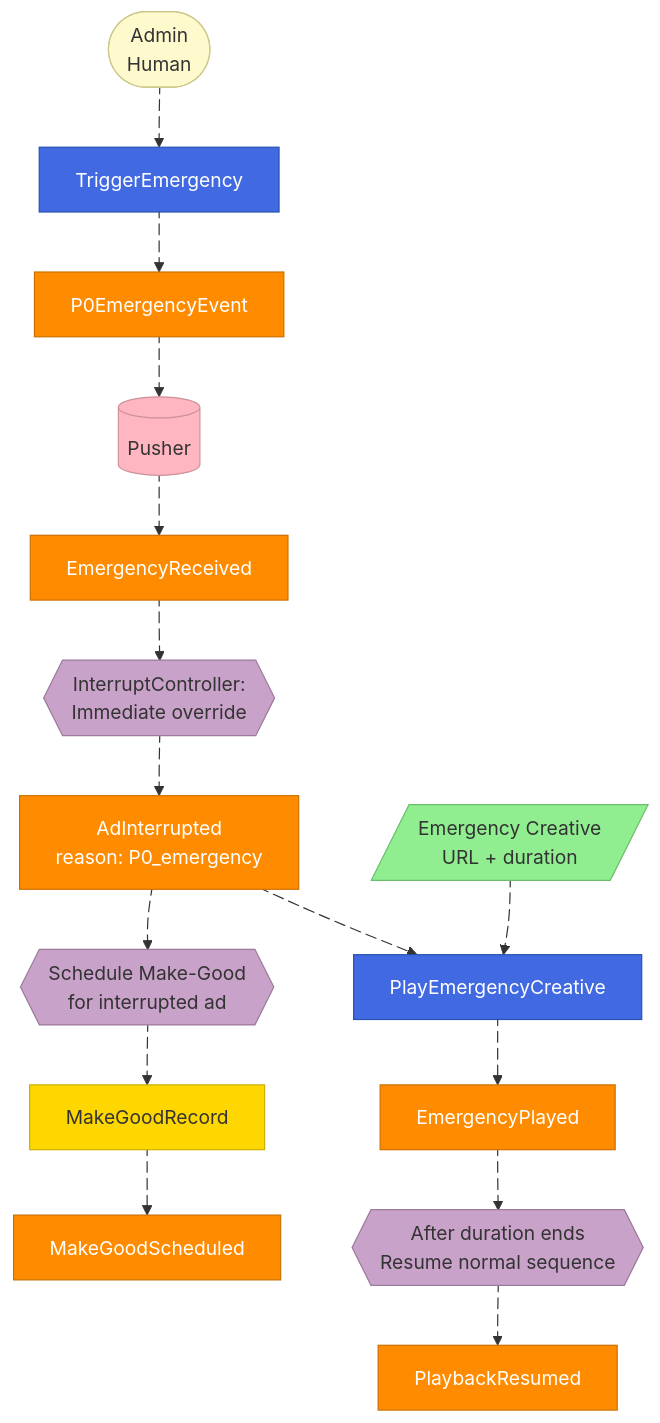
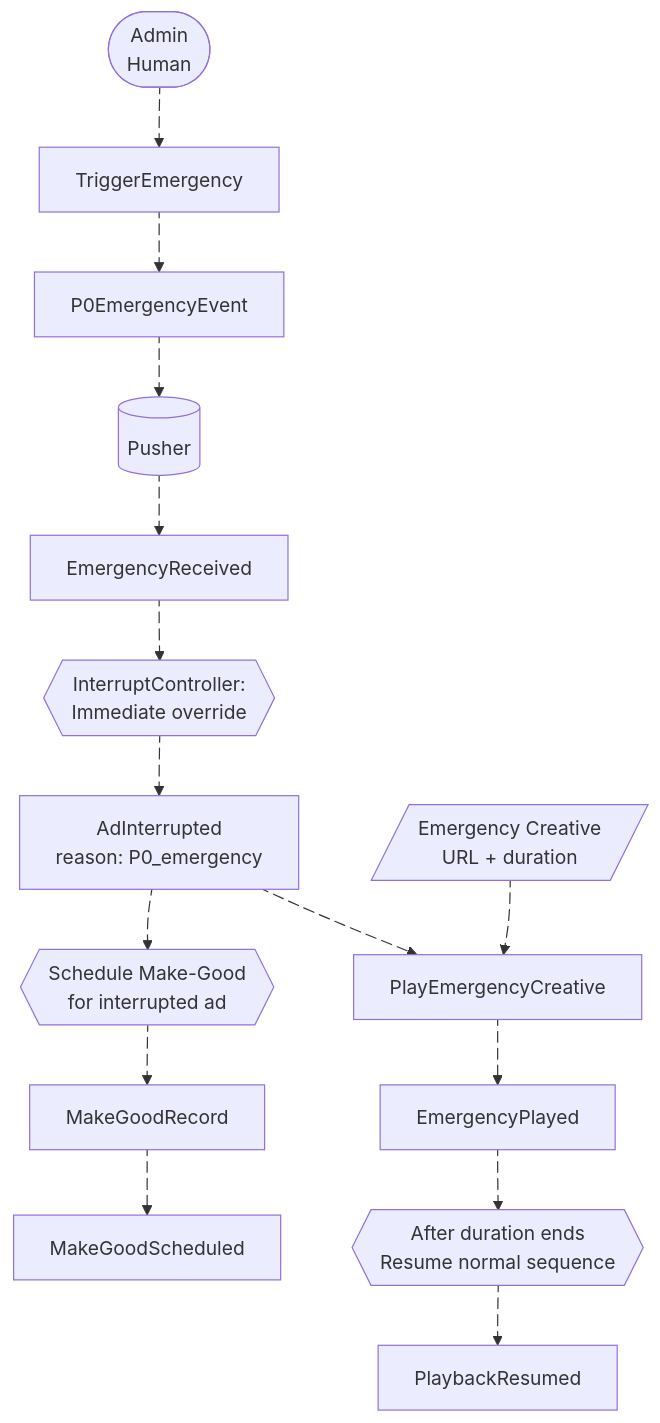
One commit to wasikarn/jira-generator changed the diagram in scripts/diagrams/10-5-process-emergency.mmd. Above: the diagram before and after it, drawn with Mermaid. The commit also changed 8 other files, not shown here.

First line of the commit message:
refactor: remove custom color styling from all Event Storming diagrams

```diff
--- a/scripts/diagrams/10-5-process-emergency.mmd
+++ b/scripts/diagrams/10-5-process-emergency.mmd
@@ -1,75 +1,46 @@
 flowchart TD
     A_ADMIN(["Admin<br/>Human"])
     C_TRIGGER["TriggerEmergency"]
     E_P0["P0EmergencyEvent"]
     EXT_PUSHER[("Pusher")]
     E_RECEIVED["EmergencyReceived"]
     POL_IC{{"InterruptController:<br/>Immediate override"}}
     E_INTERRUPTED["AdInterrupted<br/>reason: P0_emergency"]
     C_PLAY["PlayEmergencyCreative"]
     RM_CREATIVE[/"Emergency Creative<br/>URL + duration"/]
     E_PLAYED["EmergencyPlayed"]
     POL_MG{{"Schedule Make-Good<br/>for interrupted ad"}}
     AGG_MG["MakeGoodRecord"]
     E_MG["MakeGoodScheduled"]
     POL_END{{"After duration ends<br/>Resume normal sequence"}}
     E_RESUMED["PlaybackResumed"]
 
     A_ADMIN e2@--> C_TRIGGER
     C_TRIGGER e3@--> E_P0
     E_P0 e1@--> EXT_PUSHER
     EXT_PUSHER e4@--> E_RECEIVED
     E_RECEIVED e5@--> POL_IC
     POL_IC e6@--> E_INTERRUPTED
     E_INTERRUPTED e7@--> C_PLAY
     RM_CREATIVE e8@-.-> C_PLAY
     C_PLAY e9@--> E_PLAYED
     E_PLAYED e10@--> POL_END
     POL_END e11@--> E_RESUMED
 
     E_INTERRUPTED e12@--> POL_MG
     POL_MG e13@--> AGG_MG
     AGG_MG e14@--> E_MG
     e1@{ animation: fast }
     e2@{ animation: fast }
     e3@{ animation: fast }
     e4@{ animation: slow }
     e5@{ animation: fast }
     e6@{ animation: fast }
     e7@{ animation: fast }
     e8@{ animation: fast }
     e9@{ animation: fast }
     e10@{ animation: fast }
     e11@{ animation: fast }
     e12@{ animation: fast }
     e13@{ animation: fast }
     e14@{ animation: fast }
-
-    %% Events - Orange
-    style E_P0 fill:#FF8C00,stroke:#CC7000,color:#fff
-    style E_RECEIVED fill:#FF8C00,stroke:#CC7000,color:#fff
-    style E_INTERRUPTED fill:#FF8C00,stroke:#CC7000,color:#fff
-    style E_PLAYED fill:#FF8C00,stroke:#CC7000,color:#fff
-    style E_RESUMED fill:#FF8C00,stroke:#CC7000,color:#fff
-    style E_MG fill:#FF8C00,stroke:#CC7000,color:#fff
-
-    %% Commands - Blue
-    style C_TRIGGER fill:#4169E1,stroke:#2850B0,color:#fff
-    style C_PLAY fill:#4169E1,stroke:#2850B0,color:#fff
-
-    %% Aggregates - Yellow
-    style AGG_MG fill:#FFD700,stroke:#CCB000,color:#333
-
-    %% Policies - Lilac
-    style POL_IC fill:#C8A2C8,stroke:#9B7A9B,color:#333
-    style POL_MG fill:#C8A2C8,stroke:#9B7A9B,color:#333
-    style POL_END fill:#C8A2C8,stroke:#9B7A9B,color:#333
-
-    %% Actor - Light Yellow
-    style A_ADMIN fill:#FFFACD,stroke:#CCC88A,color:#333
-
-    %% Read Model - Green
-    style RM_CREATIVE fill:#90EE90,stroke:#6BBE6B,color:#333
-
-    %% External - Pink
-    style EXT_PUSHER fill:#FFB6C1,stroke:#CC929A,color:#333
```
